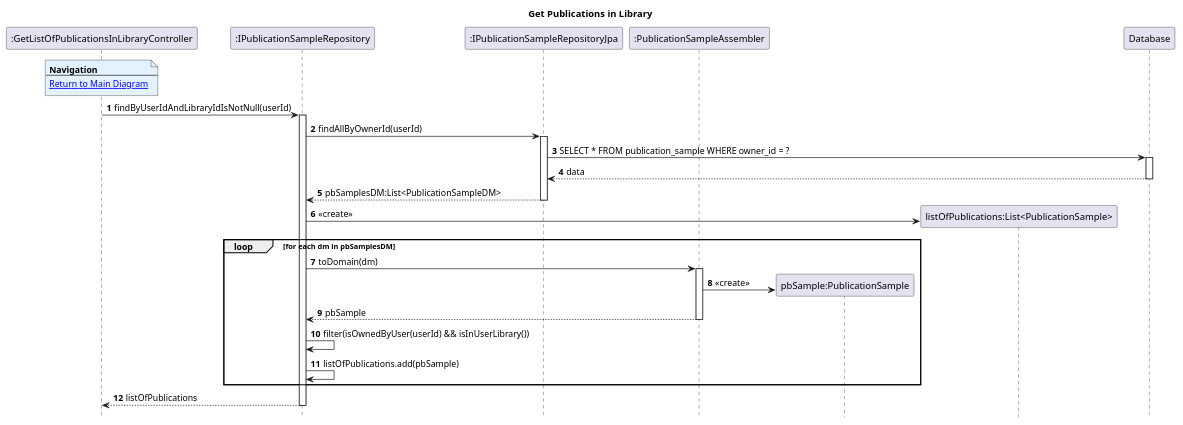
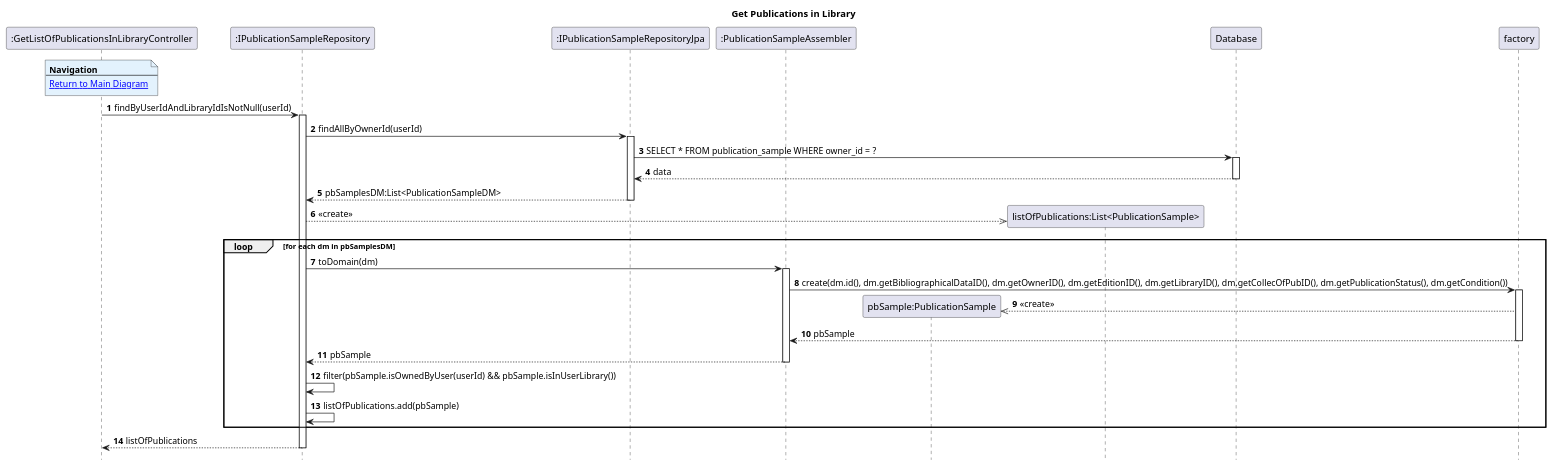
Before and after one commit to AndrePereiraGitH/SWitCH-Project-Team_A: the diagram in Diagrams/SequenceDiagrams/N2/To-Get-List-Of-Publications-In-My-Library/3.GetPublicationsInLibrary.puml, drawn with PlantUML. The commit also changed 4 other files, not shown here.

Commit message:
refactor #674: Added PublicationSampleFactory to CD and SD

```diff
--- a/Diagrams/SequenceDiagrams/N2/To-Get-List-Of-Publications-In-My-Library/3.GetPublicationsInLibrary.puml
+++ b/Diagrams/SequenceDiagrams/N2/To-Get-List-Of-Publications-In-My-Library/3.GetPublicationsInLibrary.puml
@@ -1,49 +1,53 @@
 @startuml
 hide footbox
 autonumber
 title Get Publications in Library
 
 participant ":GetListOfPublicationsInLibraryController" as Ctrl
 participant ":IPublicationSampleRepository" as pubSampleRepo
 participant ":IPublicationSampleRepositoryJpa" as pbJpa
 participant ":PublicationSampleAssembler" as pbAssembler
 participant "pbSample:PublicationSample" as pbDomain
 participant "listOfPublications:List<PublicationSample>" as ListPubs
 participant "Database" as db
 
 note over Ctrl #E3F2FD
 <b>Navigation</b>
 ---
 [[1.MainDiagram.puml Return to Main Diagram]]
 end note
 
 Ctrl -> pubSampleRepo: findByUserIdAndLibraryIdIsNotNull(userId)
 activate pubSampleRepo
 
 pubSampleRepo -> pbJpa: findAllByOwnerId(userId)
 activate pbJpa
 
 pbJpa -> db: SELECT * FROM publication_sample WHERE owner_id = ?
 activate db
 db --> pbJpa: data
 deactivate db
 
 pbJpa --> pubSampleRepo: pbSamplesDM:List<PublicationSampleDM>
 deactivate pbJpa
 
-pubSampleRepo -> ListPubs **: <<create>>
+pubSampleRepo -->> ListPubs **: <<create>>
 
 loop for each dm in pbSamplesDM
     pubSampleRepo -> pbAssembler: toDomain(dm)
     activate pbAssembler
-    pbAssembler -> pbDomain **: <<create>>
+    pbAssembler -> factory: create(dm.id(), dm.getBibliographicalDataID(), dm.getOwnerID(), dm.getEditionID(), dm.getLibraryID(), dm.getCollecOfPubID(), dm.getPublicationStatus(), dm.getCondition())
+    activate factory
+    factory -->> pbDomain **: <<create>>
+    factory --> pbAssembler: pbSample
+    deactivate factory
     pbAssembler --> pubSampleRepo: pbSample
     deactivate pbAssembler
-    pubSampleRepo -> pubSampleRepo: filter(isOwnedByUser(userId) && isInUserLibrary())
+    pubSampleRepo -> pubSampleRepo: filter(pbSample.isOwnedByUser(userId) && pbSample.isInUserLibrary())
     pubSampleRepo -> pubSampleRepo: listOfPublications.add(pbSample)
 end
 
 pubSampleRepo --> Ctrl: listOfPublications
 deactivate pubSampleRepo
 
 @enduml
```
